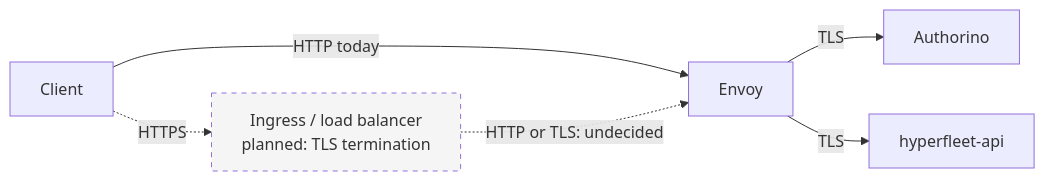
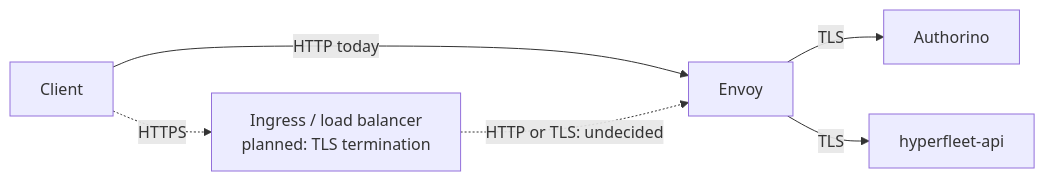
Before and after one commit to openshift-hyperfleet/architecture: the second of 2 diagrams in hyperfleet/docs/gateway-authentication-design.md, drawn with Mermaid.

Commit message:
HYPERFLEET-1636 - docs: adapt TLS diagram to dark mode

````diff
--- a/hyperfleet/docs/gateway-authentication-design.md
+++ b/hyperfleet/docs/gateway-authentication-design.md
@@ -119,17 +119,15 @@
 ```mermaid
 flowchart LR
     C["Client"]
     I["Ingress / load balancer<br/>planned: TLS termination"]
     E["Envoy"]
     F["Authorino"]
     A["hyperfleet-api"]
 
     C -->|"HTTP today"| E
     C -.->|"HTTPS"| I
     I -.->|"HTTP or TLS: undecided"| E
     E -->|"TLS"| F
     E -->|"TLS"| A
 
-    classDef planned stroke-dasharray: 5 5,fill:#f5f5f5
-    class I planned
 ```
````
